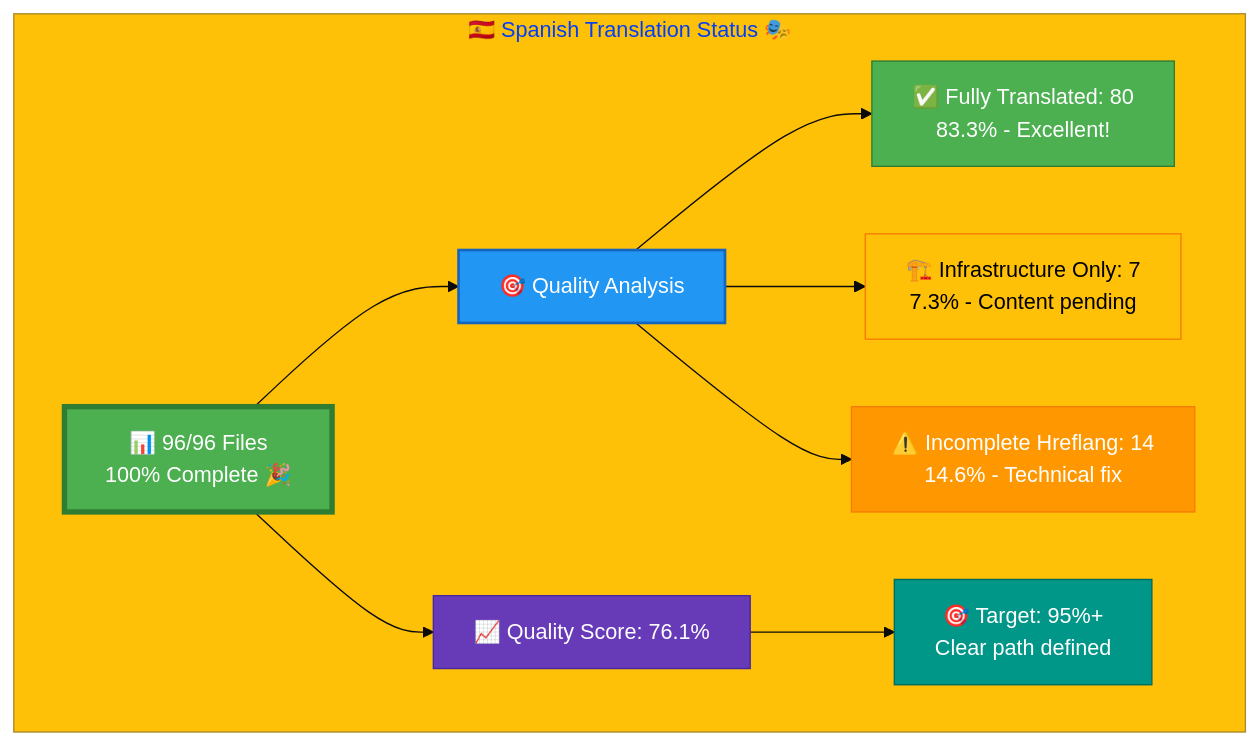
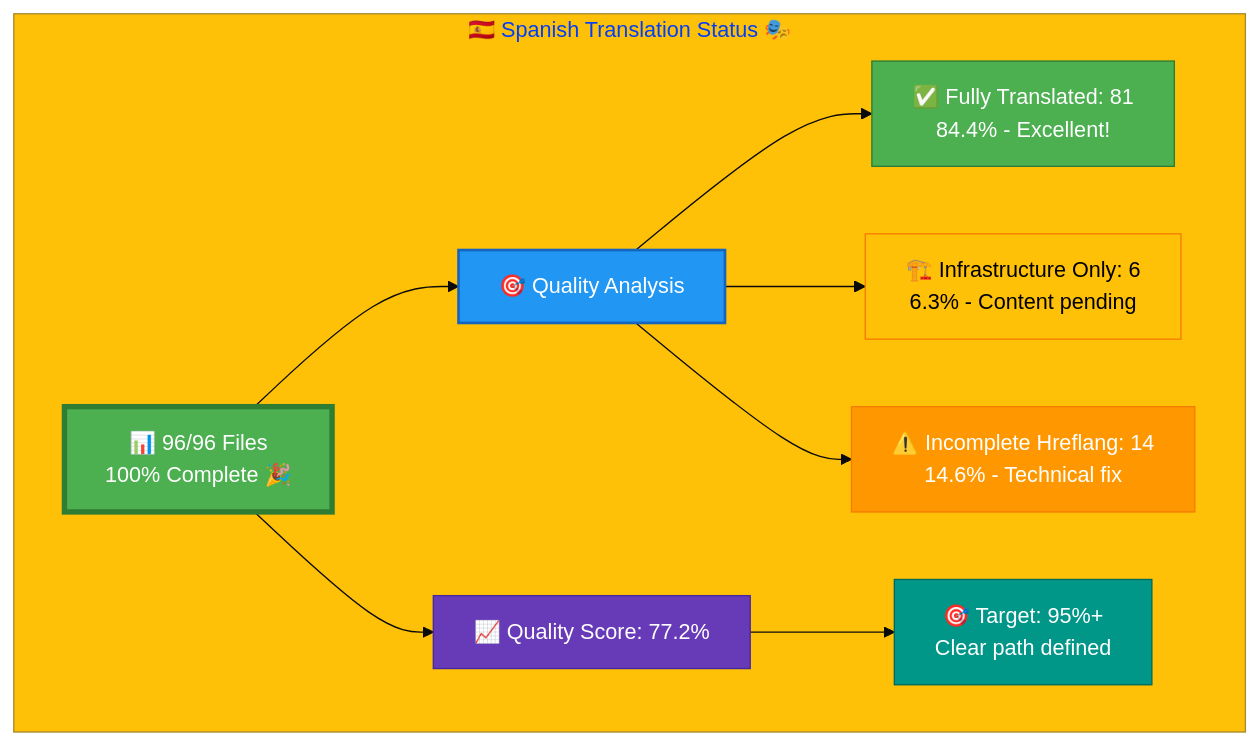
One commit to Hack23/homepage changed the diagram in Spanish-Translation-Status.md. Above: the diagram before and after it, drawn with Mermaid. The commit also changed other lines of this file and 1 other file, not shown here.

````diff
--- a/Spanish-Translation-Status.md
+++ b/Spanish-Translation-Status.md
@@ -13,23 +13,23 @@
 ```mermaid
 %%{init: {'theme':'base', 'themeVariables': {'primaryColor':'#4CAF50','secondaryColor':'#2196F3','tertiaryColor':'#FFC107','fontSize':'16px'}}}%%
 graph TB
     subgraph "🇪🇸 Spanish Translation Status 🎭"
         A["📊 96/96 Files<br/>100% Complete 🎉"]
         
         A --> B["🎯 Quality Analysis"]
-        B --> C["✅ Fully Translated: 80<br/>83.3% - Excellent!"]
-        B --> D["🏗️ Infrastructure Only: 7<br/>7.3% - Content pending"]
+        B --> C["✅ Fully Translated: 81<br/>84.4% - Excellent!"]
+        B --> D["🏗️ Infrastructure Only: 6<br/>6.3% - Content pending"]
         B --> E["⚠️ Incomplete Hreflang: 14<br/>14.6% - Technical fix"]
         
-        A --> G["📈 Quality Score: 76.1%"]
+        A --> G["📈 Quality Score: 77.2%"]
         G --> H["🎯 Target: 95%+<br/>Clear path defined"]
         
         style A fill:#4CAF50,stroke:#2E7D32,color:#fff,stroke-width:4px
         style B fill:#2196F3,stroke:#1565C0,color:#fff,stroke-width:2px
         style C fill:#4CAF50,stroke:#2E7D32,color:#fff
         style D fill:#FFC107,stroke:#F57C00,color:#000
         style E fill:#FF9800,stroke:#F57C00,color:#fff
         style G fill:#673AB7,stroke:#4527A0,color:#fff
         style H fill:#009688,stroke:#00695C,color:#fff
     end
 ```
````
